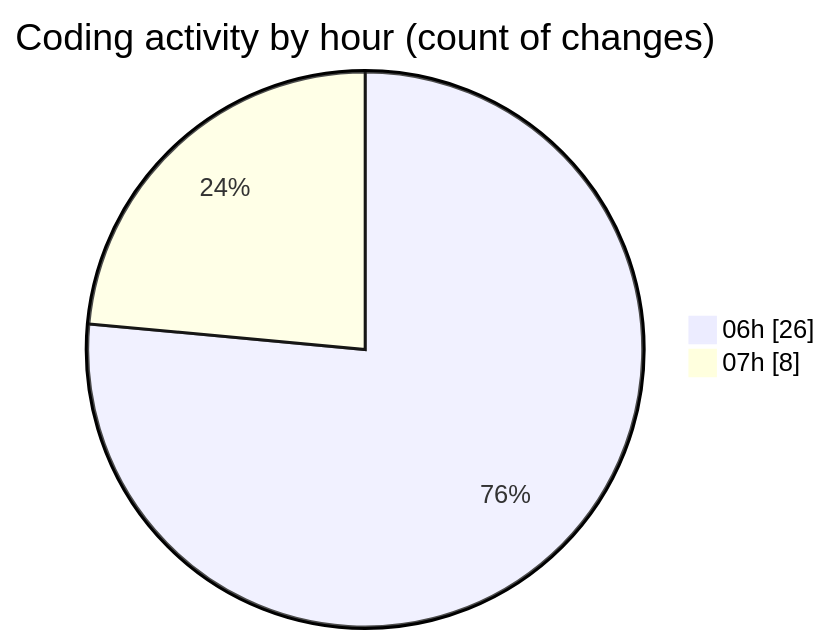
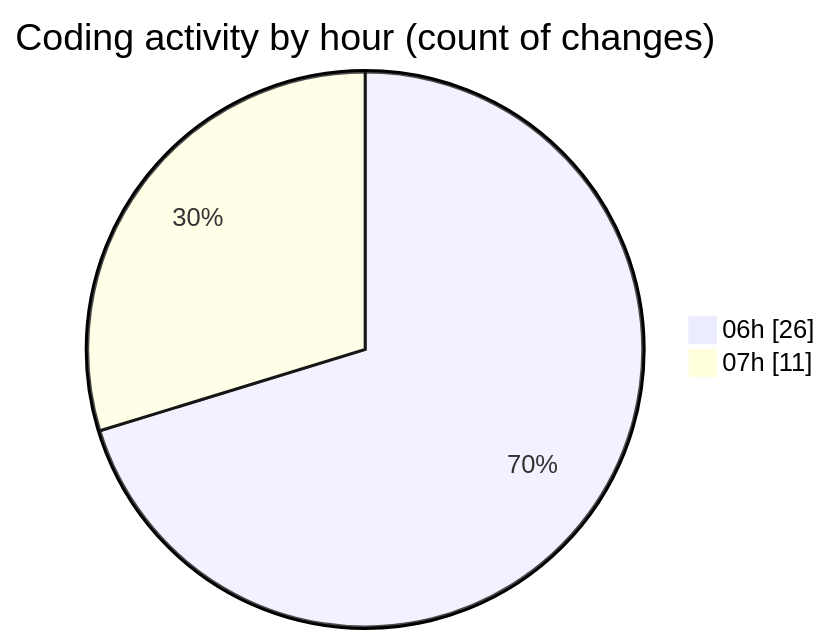
The second of 2 diagrams in 2025-01-30/mbc-web/README.md (robertbonfada/code-tracking), drawn with Mermaid before and after one commit. The commit also changed other lines of this file and 1 other file, not shown here.

````diff
--- a/2025-01-30/mbc-web/README.md
+++ b/2025-01-30/mbc-web/README.md
@@ -39,6 +39,6 @@
 ```mermaid
 pie showData
 title Coding activity by hour (count of changes)
 "06h" : 26
-"07h" : 8
+"07h" : 11
 ```
````
